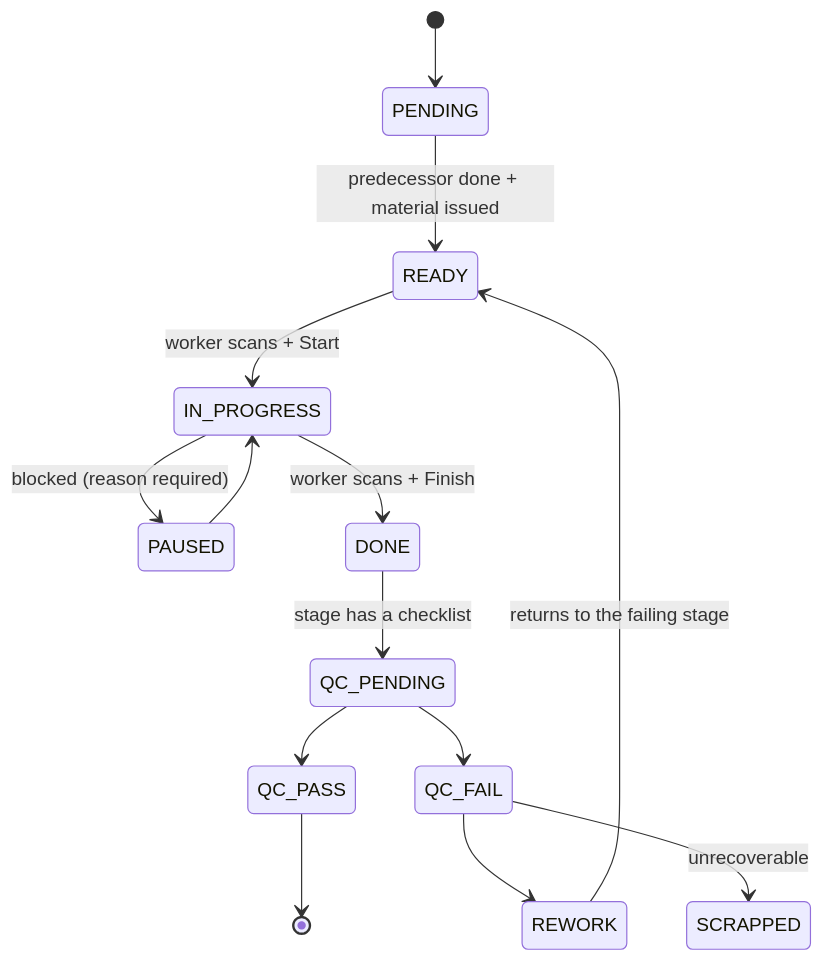
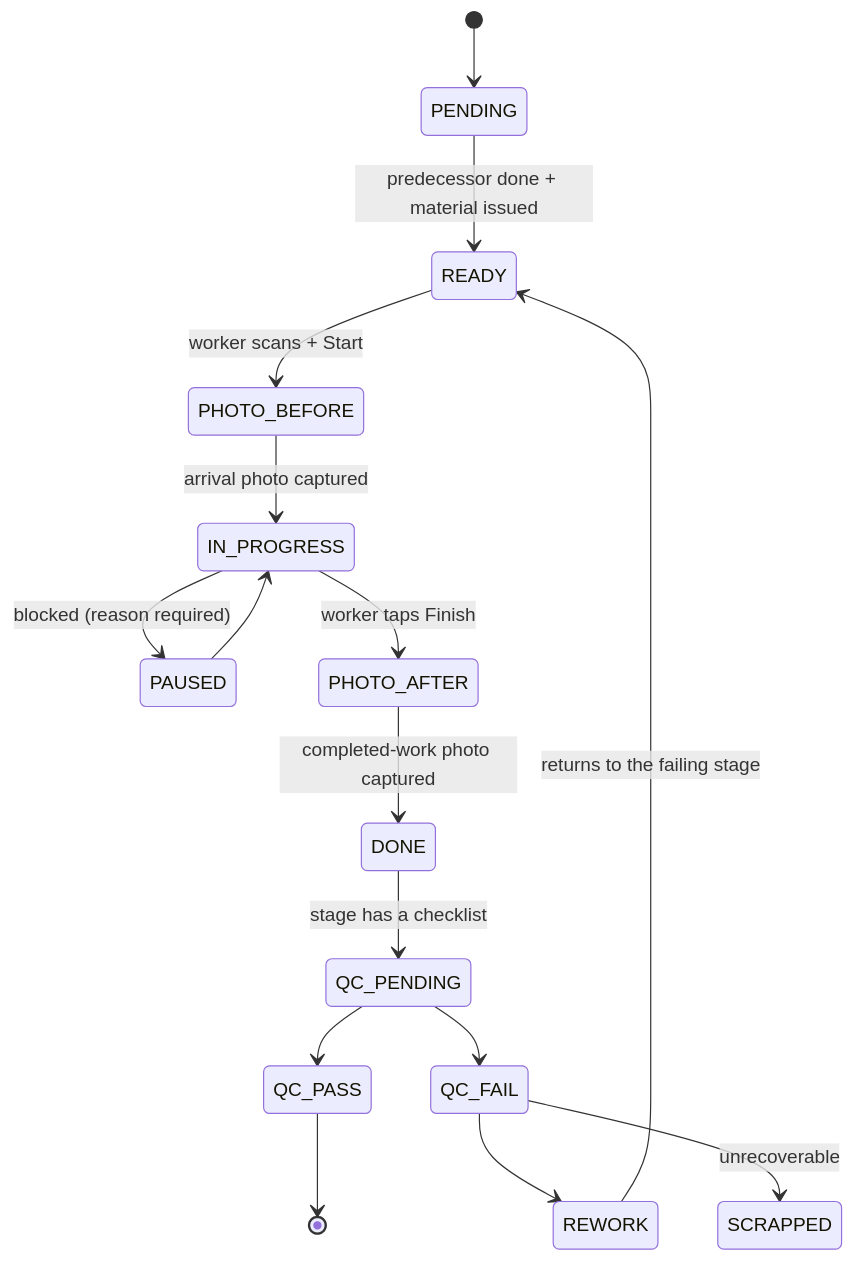
Before and after one commit to AReg99/Abdullah-Ramadan: the third of 3 diagrams in docs/03-order-lifecycle.md, drawn with Mermaid. The commit also changed other lines of this file and 6 other files, not shown here.

````diff
--- a/docs/03-order-lifecycle.md
+++ b/docs/03-order-lifecycle.md
@@ -119,16 +119,18 @@
 ```mermaid
 stateDiagram-v2
     [*] --> PENDING
     PENDING --> READY: predecessor done + material issued
-    READY --> IN_PROGRESS: worker scans + Start
+    READY --> PHOTO_BEFORE: worker scans + Start
+    PHOTO_BEFORE --> IN_PROGRESS: arrival photo captured
     IN_PROGRESS --> PAUSED: blocked (reason required)
     PAUSED --> IN_PROGRESS
-    IN_PROGRESS --> DONE: worker scans + Finish
+    IN_PROGRESS --> PHOTO_AFTER: worker taps Finish
+    PHOTO_AFTER --> DONE: completed-work photo captured
     DONE --> QC_PENDING: stage has a checklist
     QC_PENDING --> QC_PASS
     QC_PENDING --> QC_FAIL
     QC_PASS --> [*]
     QC_FAIL --> REWORK
     REWORK --> READY: returns to the failing stage
     QC_FAIL --> SCRAPPED: unrecoverable
 ```
````
